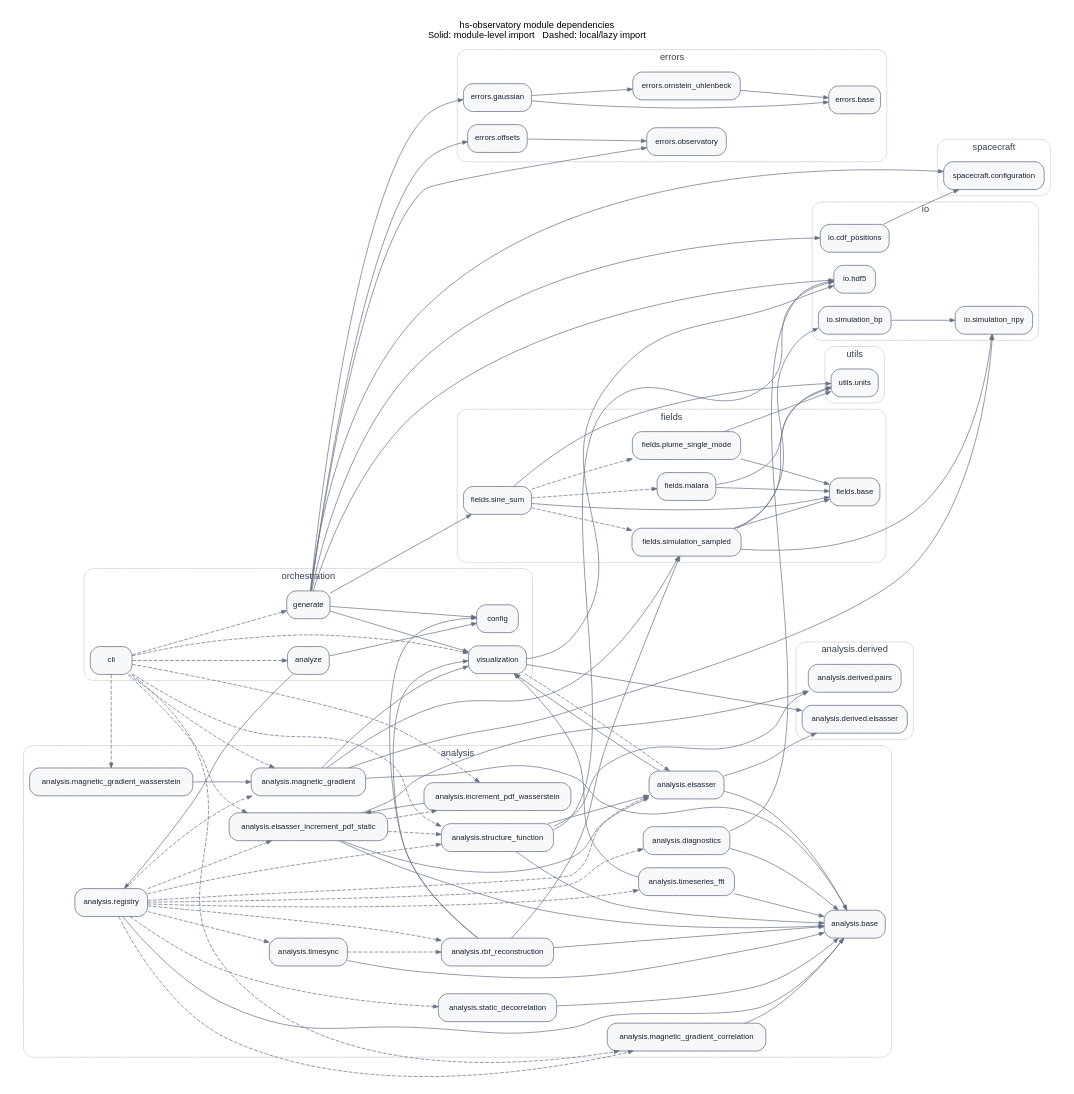
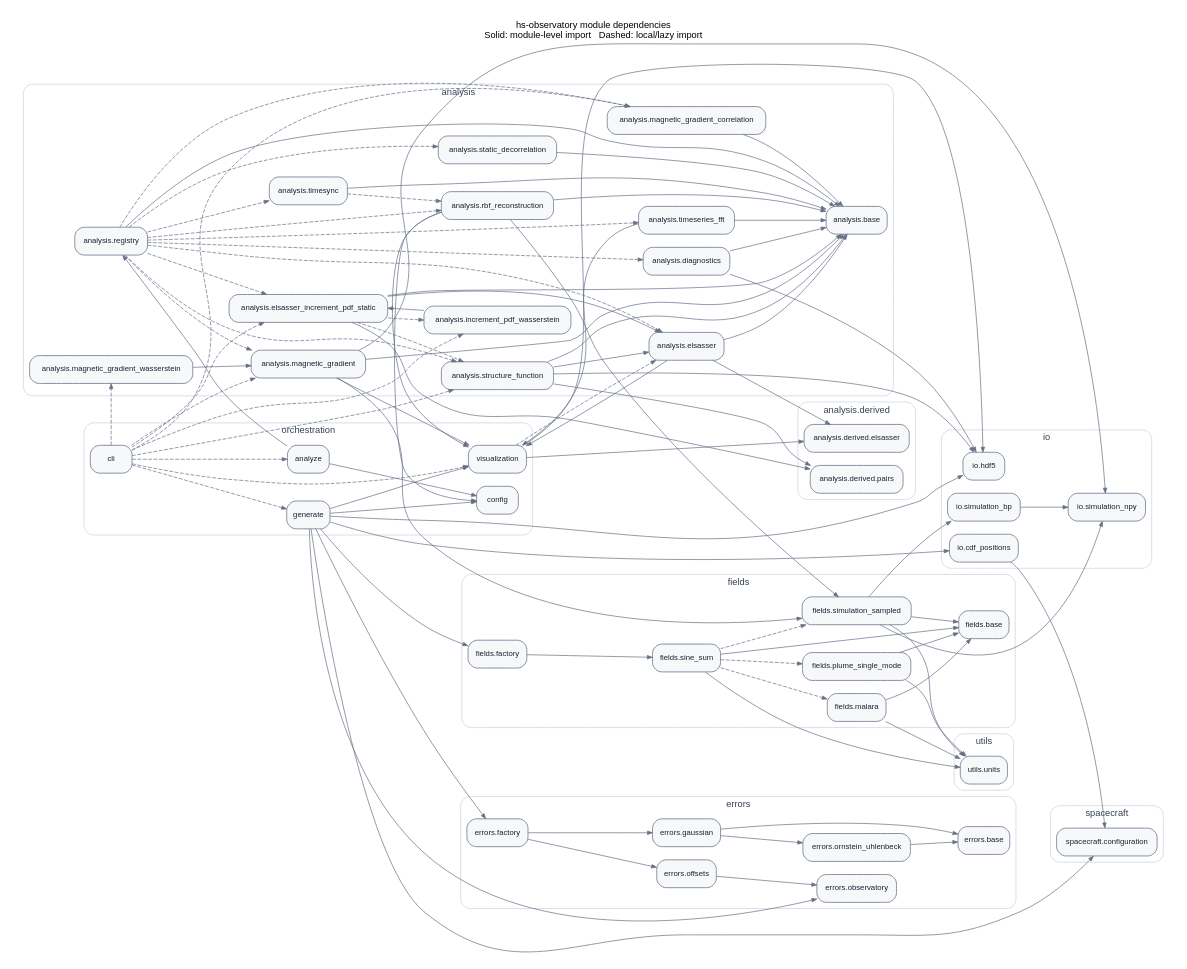
One commit to kgklein/hs-observatory changed the diagram in docs/architecture/module-dependencies.dot. Above: the diagram before and after it, drawn with Graphviz. The commit also changed 9 other files, not shown here.

```diff
--- a/docs/architecture/module-dependencies.dot
+++ b/docs/architecture/module-dependencies.dot
@@ -1,161 +1,165 @@
 // Generated by scripts/generate_architecture_graph.py; do not edit.
 digraph module_dependencies {
   graph [rankdir=LR, bgcolor="white", fontname="Helvetica", fontsize=12,
          nodesep=0.24, ranksep=0.65, pad=0.2, compound=true,
          label="hs-observatory module dependencies\nSolid: module-level import   Dashed: local/lazy import", labelloc=t];
   node [shape=box, style="rounded,filled", fillcolor="#f7f8fa",
         color="#667085", fontcolor="#182230", fontname="Helvetica", fontsize=10, margin="0.09,0.06"];
   edge [color="#667085", arrowsize=0.65, penwidth=0.9];
   subgraph cluster_0 {
     label="orchestration";
     color="#d0d5dd"; style="rounded"; fontcolor="#344054";
     "hs_observatory.analyze" [label="analyze"];
     "hs_observatory.cli" [label="cli"];
     "hs_observatory.config" [label="config"];
     "hs_observatory.generate" [label="generate"];
     "hs_observatory.visualization" [label="visualization"];
   }
   subgraph cluster_1 {
     label="analysis";
     color="#d0d5dd"; style="rounded"; fontcolor="#344054";
     "hs_observatory.analysis.base" [label="analysis.base"];
     "hs_observatory.analysis.diagnostics" [label="analysis.diagnostics"];
     "hs_observatory.analysis.elsasser" [label="analysis.elsasser"];
     "hs_observatory.analysis.elsasser_increment_pdf_static" [label="analysis.elsasser_increment_pdf_static"];
     "hs_observatory.analysis.increment_pdf_wasserstein" [label="analysis.increment_pdf_wasserstein"];
     "hs_observatory.analysis.magnetic_gradient" [label="analysis.magnetic_gradient"];
     "hs_observatory.analysis.magnetic_gradient_correlation" [label="analysis.magnetic_gradient_correlation"];
     "hs_observatory.analysis.magnetic_gradient_wasserstein" [label="analysis.magnetic_gradient_wasserstein"];
     "hs_observatory.analysis.rbf_reconstruction" [label="analysis.rbf_reconstruction"];
     "hs_observatory.analysis.registry" [label="analysis.registry"];
     "hs_observatory.analysis.static_decorrelation" [label="analysis.static_decorrelation"];
     "hs_observatory.analysis.structure_function" [label="analysis.structure_function"];
     "hs_observatory.analysis.timeseries_fft" [label="analysis.timeseries_fft"];
     "hs_observatory.analysis.timesync" [label="analysis.timesync"];
   }
   subgraph cluster_2 {
     label="analysis.derived";
     color="#d0d5dd"; style="rounded"; fontcolor="#344054";
     "hs_observatory.analysis.derived.elsasser" [label="analysis.derived.elsasser"];
     "hs_observatory.analysis.derived.pairs" [label="analysis.derived.pairs"];
   }
   subgraph cluster_3 {
     label="fields";
     color="#d0d5dd"; style="rounded"; fontcolor="#344054";
     "hs_observatory.fields.base" [label="fields.base"];
+    "hs_observatory.fields.factory" [label="fields.factory"];
     "hs_observatory.fields.malara" [label="fields.malara"];
     "hs_observatory.fields.plume_single_mode" [label="fields.plume_single_mode"];
     "hs_observatory.fields.simulation_sampled" [label="fields.simulation_sampled"];
     "hs_observatory.fields.sine_sum" [label="fields.sine_sum"];
   }
   subgraph cluster_4 {
     label="errors";
     color="#d0d5dd"; style="rounded"; fontcolor="#344054";
     "hs_observatory.errors.base" [label="errors.base"];
+    "hs_observatory.errors.factory" [label="errors.factory"];
     "hs_observatory.errors.gaussian" [label="errors.gaussian"];
     "hs_observatory.errors.observatory" [label="errors.observatory"];
     "hs_observatory.errors.offsets" [label="errors.offsets"];
     "hs_observatory.errors.ornstein_uhlenbeck" [label="errors.ornstein_uhlenbeck"];
   }
   subgraph cluster_5 {
     label="io";
     color="#d0d5dd"; style="rounded"; fontcolor="#344054";
     "hs_observatory.io.cdf_positions" [label="io.cdf_positions"];
     "hs_observatory.io.hdf5" [label="io.hdf5"];
     "hs_observatory.io.simulation_bp" [label="io.simulation_bp"];
     "hs_observatory.io.simulation_npy" [label="io.simulation_npy"];
   }
   subgraph cluster_6 {
     label="spacecraft";
     color="#d0d5dd"; style="rounded"; fontcolor="#344054";
     "hs_observatory.spacecraft.configuration" [label="spacecraft.configuration"];
   }
   subgraph cluster_7 {
     label="utils";
     color="#d0d5dd"; style="rounded"; fontcolor="#344054";
     "hs_observatory.utils.units" [label="utils.units"];
   }
   "hs_observatory.analysis.diagnostics" -> "hs_observatory.analysis.base" [style=solid];
   "hs_observatory.analysis.diagnostics" -> "hs_observatory.io.hdf5" [style=solid];
   "hs_observatory.analysis.elsasser" -> "hs_observatory.analysis.base" [style=solid];
   "hs_observatory.analysis.elsasser" -> "hs_observatory.analysis.derived.elsasser" [style=solid];
   "hs_observatory.analysis.elsasser" -> "hs_observatory.visualization" [style=solid];
   "hs_observatory.analysis.elsasser_increment_pdf_static" -> "hs_observatory.analysis.base" [style=solid];
   "hs_observatory.analysis.elsasser_increment_pdf_static" -> "hs_observatory.analysis.derived.pairs" [style=solid];
   "hs_observatory.analysis.elsasser_increment_pdf_static" -> "hs_observatory.analysis.elsasser" [style=solid];
   "hs_observatory.analysis.elsasser_increment_pdf_static" -> "hs_observatory.analysis.increment_pdf_wasserstein" [style=dashed];
   "hs_observatory.analysis.elsasser_increment_pdf_static" -> "hs_observatory.analysis.structure_function" [style=dashed];
   "hs_observatory.analysis.increment_pdf_wasserstein" -> "hs_observatory.analysis.elsasser_increment_pdf_static" [style=solid];
   "hs_observatory.analysis.magnetic_gradient" -> "hs_observatory.analysis.base" [style=solid];
   "hs_observatory.analysis.magnetic_gradient" -> "hs_observatory.fields.simulation_sampled" [style=solid];
   "hs_observatory.analysis.magnetic_gradient" -> "hs_observatory.io.simulation_npy" [style=solid];
   "hs_observatory.analysis.magnetic_gradient" -> "hs_observatory.visualization" [style=solid];
   "hs_observatory.analysis.magnetic_gradient_correlation" -> "hs_observatory.analysis.base" [style=solid];
   "hs_observatory.analysis.magnetic_gradient_wasserstein" -> "hs_observatory.analysis.magnetic_gradient" [style=solid];
   "hs_observatory.analysis.rbf_reconstruction" -> "hs_observatory.analysis.base" [style=solid];
   "hs_observatory.analysis.rbf_reconstruction" -> "hs_observatory.config" [style=solid];
   "hs_observatory.analysis.rbf_reconstruction" -> "hs_observatory.fields.simulation_sampled" [style=solid];
   "hs_observatory.analysis.rbf_reconstruction" -> "hs_observatory.visualization" [style=solid];
   "hs_observatory.analysis.registry" -> "hs_observatory.analysis.base" [style=solid];
   "hs_observatory.analysis.registry" -> "hs_observatory.analysis.diagnostics" [style=dashed];
   "hs_observatory.analysis.registry" -> "hs_observatory.analysis.elsasser" [style=dashed];
   "hs_observatory.analysis.registry" -> "hs_observatory.analysis.elsasser_increment_pdf_static" [style=dashed];
   "hs_observatory.analysis.registry" -> "hs_observatory.analysis.magnetic_gradient" [style=dashed];
   "hs_observatory.analysis.registry" -> "hs_observatory.analysis.magnetic_gradient_correlation" [style=dashed];
   "hs_observatory.analysis.registry" -> "hs_observatory.analysis.rbf_reconstruction" [style=dashed];
   "hs_observatory.analysis.registry" -> "hs_observatory.analysis.static_decorrelation" [style=dashed];
   "hs_observatory.analysis.registry" -> "hs_observatory.analysis.structure_function" [style=dashed];
   "hs_observatory.analysis.registry" -> "hs_observatory.analysis.timeseries_fft" [style=dashed];
   "hs_observatory.analysis.registry" -> "hs_observatory.analysis.timesync" [style=dashed];
   "hs_observatory.analysis.static_decorrelation" -> "hs_observatory.analysis.base" [style=solid];
   "hs_observatory.analysis.structure_function" -> "hs_observatory.analysis.base" [style=solid];
   "hs_observatory.analysis.structure_function" -> "hs_observatory.analysis.derived.pairs" [style=solid];
   "hs_observatory.analysis.structure_function" -> "hs_observatory.analysis.elsasser" [style=solid];
   "hs_observatory.analysis.structure_function" -> "hs_observatory.io.hdf5" [style=solid];
   "hs_observatory.analysis.timeseries_fft" -> "hs_observatory.analysis.base" [style=solid];
   "hs_observatory.analysis.timeseries_fft" -> "hs_observatory.visualization" [style=solid];
   "hs_observatory.analysis.timesync" -> "hs_observatory.analysis.base" [style=solid];
   "hs_observatory.analysis.timesync" -> "hs_observatory.analysis.rbf_reconstruction" [style=dashed];
   "hs_observatory.analyze" -> "hs_observatory.analysis.registry" [style=solid];
   "hs_observatory.analyze" -> "hs_observatory.config" [style=solid];
   "hs_observatory.cli" -> "hs_observatory.analysis.elsasser_increment_pdf_static" [style=dashed];
   "hs_observatory.cli" -> "hs_observatory.analysis.increment_pdf_wasserstein" [style=dashed];
   "hs_observatory.cli" -> "hs_observatory.analysis.magnetic_gradient" [style=dashed];
   "hs_observatory.cli" -> "hs_observatory.analysis.magnetic_gradient_correlation" [style=dashed];
   "hs_observatory.cli" -> "hs_observatory.analysis.magnetic_gradient_wasserstein" [style=dashed];
   "hs_observatory.cli" -> "hs_observatory.analysis.structure_function" [style=dashed];
   "hs_observatory.cli" -> "hs_observatory.analyze" [style=dashed];
   "hs_observatory.cli" -> "hs_observatory.generate" [style=dashed];
   "hs_observatory.cli" -> "hs_observatory.visualization" [style=dashed];
+  "hs_observatory.errors.factory" -> "hs_observatory.errors.gaussian" [style=solid];
+  "hs_observatory.errors.factory" -> "hs_observatory.errors.offsets" [style=solid];
   "hs_observatory.errors.gaussian" -> "hs_observatory.errors.base" [style=solid];
   "hs_observatory.errors.gaussian" -> "hs_observatory.errors.ornstein_uhlenbeck" [style=solid];
   "hs_observatory.errors.offsets" -> "hs_observatory.errors.observatory" [style=solid];
   "hs_observatory.errors.ornstein_uhlenbeck" -> "hs_observatory.errors.base" [style=solid];
+  "hs_observatory.fields.factory" -> "hs_observatory.fields.sine_sum" [style=solid];
   "hs_observatory.fields.malara" -> "hs_observatory.fields.base" [style=solid];
   "hs_observatory.fields.malara" -> "hs_observatory.utils.units" [style=solid];
   "hs_observatory.fields.plume_single_mode" -> "hs_observatory.fields.base" [style=solid];
   "hs_observatory.fields.plume_single_mode" -> "hs_observatory.utils.units" [style=solid];
   "hs_observatory.fields.simulation_sampled" -> "hs_observatory.fields.base" [style=solid];
   "hs_observatory.fields.simulation_sampled" -> "hs_observatory.io.simulation_bp" [style=solid];
   "hs_observatory.fields.simulation_sampled" -> "hs_observatory.io.simulation_npy" [style=solid];
   "hs_observatory.fields.simulation_sampled" -> "hs_observatory.utils.units" [style=solid];
   "hs_observatory.fields.sine_sum" -> "hs_observatory.fields.base" [style=solid];
   "hs_observatory.fields.sine_sum" -> "hs_observatory.fields.malara" [style=dashed];
   "hs_observatory.fields.sine_sum" -> "hs_observatory.fields.plume_single_mode" [style=dashed];
   "hs_observatory.fields.sine_sum" -> "hs_observatory.fields.simulation_sampled" [style=dashed];
   "hs_observatory.fields.sine_sum" -> "hs_observatory.utils.units" [style=solid];
   "hs_observatory.generate" -> "hs_observatory.config" [style=solid];
-  "hs_observatory.generate" -> "hs_observatory.errors.gaussian" [style=solid];
+  "hs_observatory.generate" -> "hs_observatory.errors.factory" [style=solid];
   "hs_observatory.generate" -> "hs_observatory.errors.observatory" [style=solid];
-  "hs_observatory.generate" -> "hs_observatory.errors.offsets" [style=solid];
-  "hs_observatory.generate" -> "hs_observatory.fields.sine_sum" [style=solid];
+  "hs_observatory.generate" -> "hs_observatory.fields.factory" [style=solid];
   "hs_observatory.generate" -> "hs_observatory.io.cdf_positions" [style=solid];
   "hs_observatory.generate" -> "hs_observatory.io.hdf5" [style=solid];
   "hs_observatory.generate" -> "hs_observatory.spacecraft.configuration" [style=solid];
   "hs_observatory.generate" -> "hs_observatory.visualization" [style=solid];
   "hs_observatory.io.cdf_positions" -> "hs_observatory.spacecraft.configuration" [style=solid];
   "hs_observatory.io.simulation_bp" -> "hs_observatory.io.simulation_npy" [style=solid];
   "hs_observatory.visualization" -> "hs_observatory.analysis.derived.elsasser" [style=solid];
   "hs_observatory.visualization" -> "hs_observatory.analysis.elsasser" [style=dashed];
   "hs_observatory.visualization" -> "hs_observatory.io.hdf5" [style=solid];
 }
```
